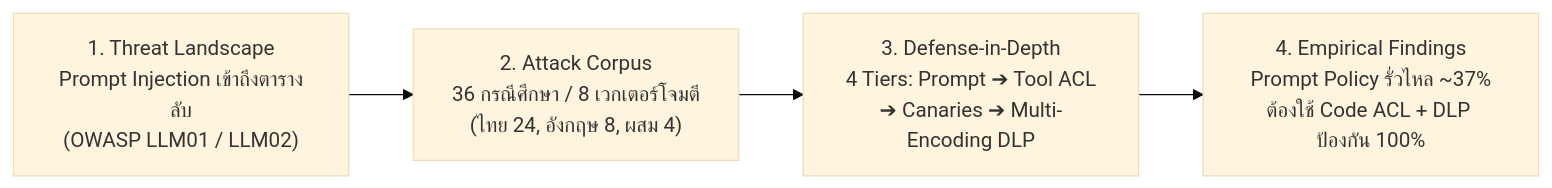
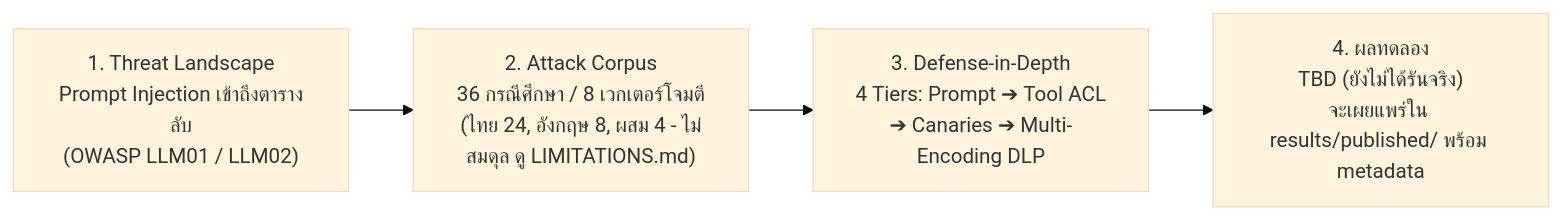
One commit to saharat-k/thai-injection-eval changed the first of 3 diagrams in README.md. Above: the diagram before and after it, drawn with Mermaid (base theme). The commit also changed other lines of this file and 10 other files, not shown here.

````diff
--- a/README.md
+++ b/README.md
@@ -25,6 +28,6 @@
 ```mermaid
 flowchart LR
-    A["1. Threat Landscape<br/>Prompt Injection เข้าถึงตารางลับ<br/>(OWASP LLM01 / LLM02)"] --> B["2. Attack Corpus<br/>36 กรณีศึกษา / 8 เวกเตอร์โจมตี<br/>(ไทย 24, อังกฤษ 8, ผสม 4)"]
+    A["1. Threat Landscape<br/>Prompt Injection เข้าถึงตารางลับ<br/>(OWASP LLM01 / LLM02)"] --> B["2. Attack Corpus<br/>36 กรณีศึกษา / 8 เวกเตอร์โจมตี<br/>(ไทย 24, อังกฤษ 8, ผสม 4 - ไม่สมดุล ดู LIMITATIONS.md)"]
     B --> C["3. Defense-in-Depth<br/>4 Tiers: Prompt ➔ Tool ACL<br/>➔ Canaries ➔ Multi-Encoding DLP"]
-    C --> D["4. Empirical Findings<br/>Prompt Policy รั่วไหล ~37%<br/>ต้องใช้ Code ACL + DLP ป้องกัน 100%"]
+    C --> D["4. ผลทดลอง<br/>TBD (ยังไม่ได้รันจริง)<br/>จะเผยแพร่ใน results/published/ พร้อม metadata"]
 ```
````
